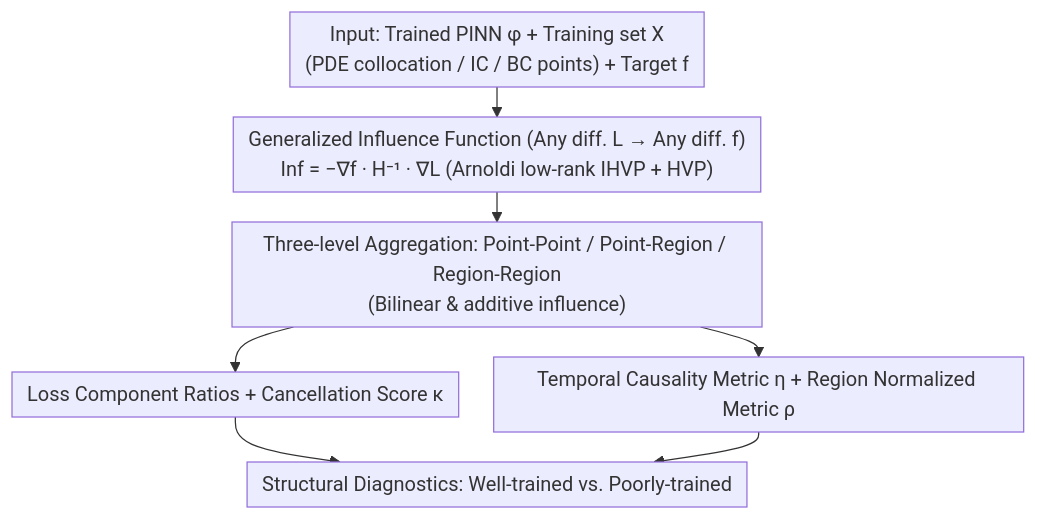
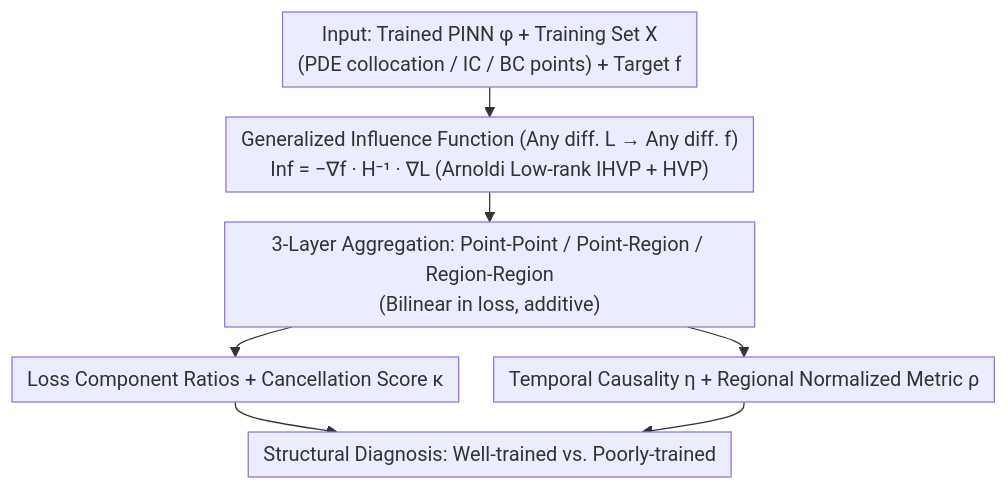
One commit to zhaoyang97/Paper-Notes-en changed the diagram in docs/ICML2026/physics/pinnfluence_interpreting_pinns_through_influence_functions.md. Above: the diagram before and after it, drawn with Mermaid. The commit also changed other lines of this file and 5084 other files, not shown here.

````diff
--- a/docs/ICML2026/physics/pinnfluence_interpreting_pinns_through_influence_functions.md
+++ b/docs/ICML2026/physics/pinnfluence_interpreting_pinns_through_influence_functions.md
@@ -50,11 +50,11 @@
 ```mermaid
 %%{init: {'flowchart': {'rankSpacing': 24, 'nodeSpacing': 28, 'padding': 6, 'wrappingWidth': 400}}}%%
 flowchart TD
-    A["Input: Trained PINN φ + Training set X<br/>(PDE collocation / IC / BC points) + Target f"]
-    A --> B["Generalized Influence Function (Any diff. L → Any diff. f)<br/>Inf = −∇f · H⁻¹ · ∇L (Arnoldi low-rank IHVP + HVP)"]
-    B --> C["Three-level Aggregation: Point-Point / Point-Region / Region-Region<br/>(Bilinear & additive influence)"]
+    A["Input: Trained PINN φ + Training Set X<br/>(PDE collocation / IC / BC points) + Target f"]
+    A --> B["Generalized Influence Function (Any diff. L → Any diff. f)<br/>Inf = −∇f · H⁻¹ · ∇L (Arnoldi Low-rank IHVP + HVP)"]
+    B --> C["3-Layer Aggregation: Point-Point / Point-Region / Region-Region<br/>(Bilinear in loss, additive)"]
     C --> D["Loss Component Ratios + Cancellation Score κ"]
-    C --> E["Temporal Causality Metric η + Region Normalized Metric ρ"]
-    D --> F["Structural Diagnostics: Well-trained vs. Poorly-trained"]
+    C --> E["Temporal Causality η + Regional Normalized Metric ρ"]
+    D --> F["Structural Diagnosis: Well-trained vs. Poorly-trained"]
     E --> F
 ```
````
